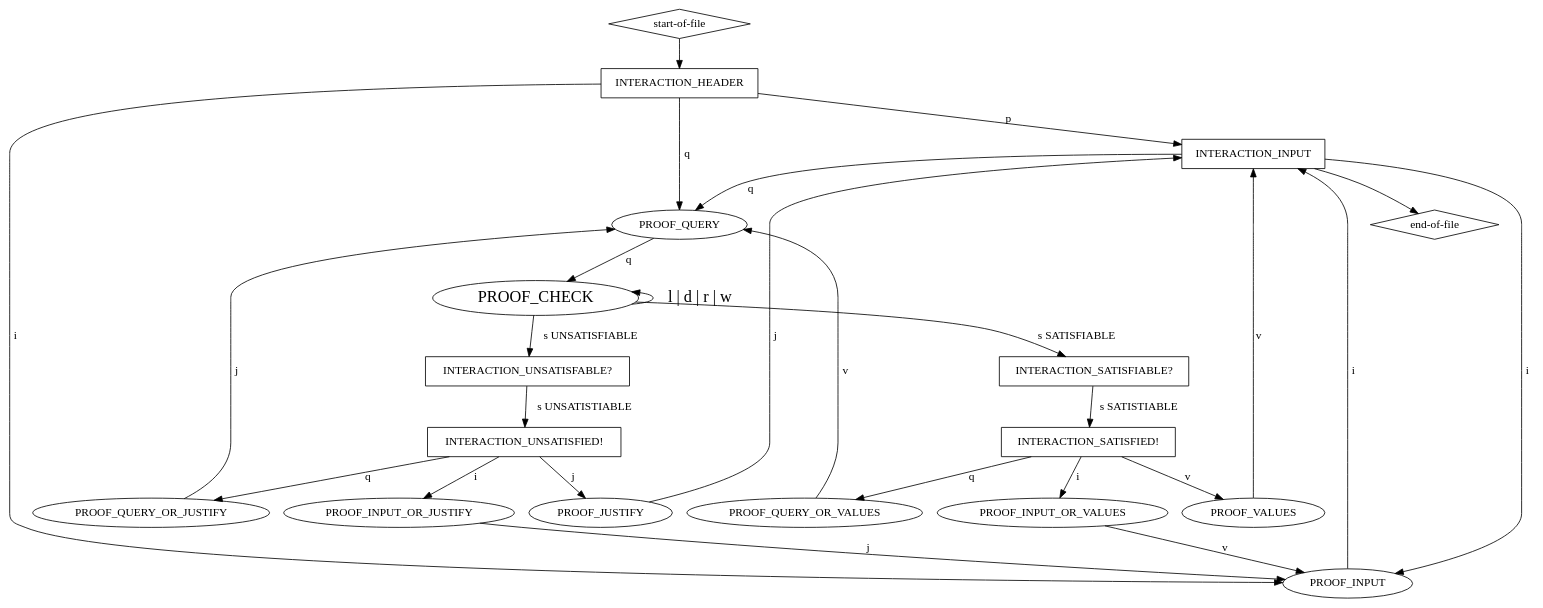
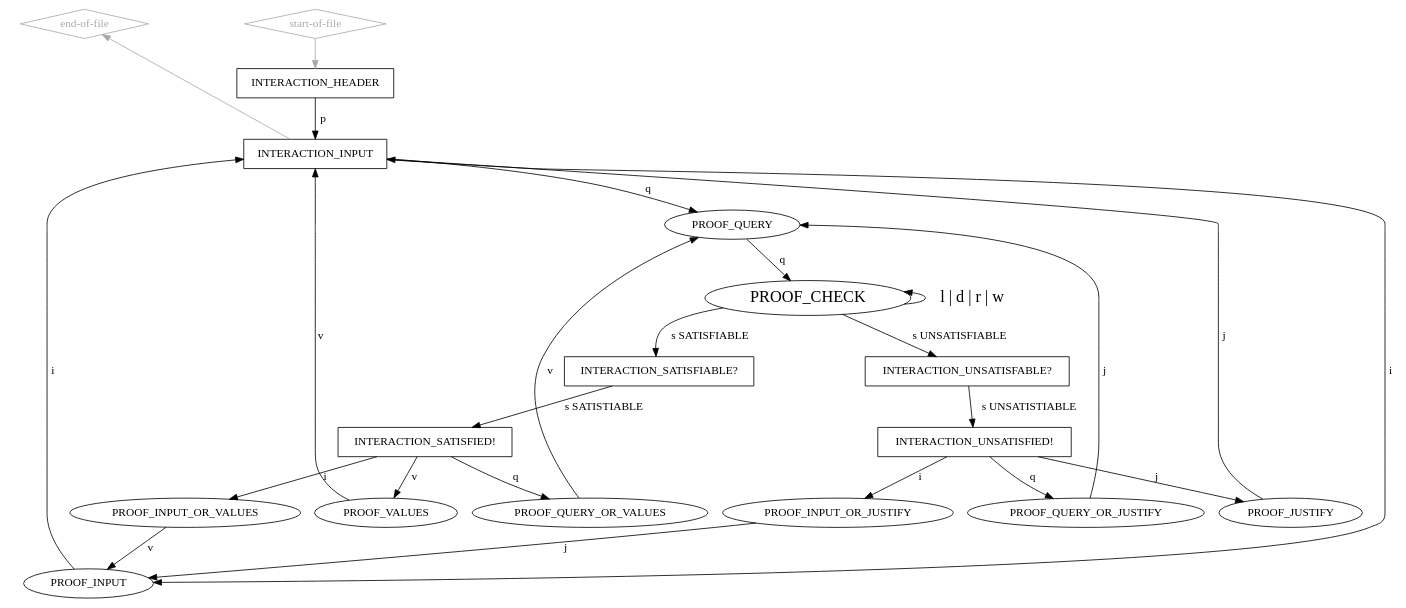
Before and after one commit to arminbiere/lidrup-check: the diagram in idrup-check-strict.dot, drawn with Graphviz. The commit also changed 1 other file, not shown here.

```diff
--- a/idrup-check-strict.dot
+++ b/idrup-check-strict.dot
@@ -1,59 +1,61 @@
 digraph "idrup-check" {
 
-  "start-of-file" [shape=diamond,];
-  "start-of-file" -> INTERACTION_HEADER;
+  "start-of-file" [shape=diamond,color=darkgray,fontcolor=darkgray];
+  "start-of-file" -> INTERACTION_HEADER [weight=2,color=darkgray];
 
-  "end-of-file" [shape=diamond];
-  //"end-of-file" -> INTERACTION_INPUT [dir=back,weight=3];
+  "end-of-file" [shape=diamond,color=darkgray,fontcolor=darkgray];
 
-  INTERACTION_INPUT -> "end-of-file";
+  // INTERACTION_HEADER -> "end-of-file";
+  // INTERACTION_INPUT -> "end-of-file";
+   "end-of-file" -> INTERACTION_HEADER [dir=back,color=darkgray,style=invis];
+   "end-of-file" -> INTERACTION_INPUT [dir=back,color=darkgray];
 
   INTERACTION_HEADER [shape=box];
-  INTERACTION_HEADER -> PROOF_INPUT [label=" i "];
-  INTERACTION_HEADER -> PROOF_QUERY [label=" q "];
-  INTERACTION_HEADER -> INTERACTION_INPUT [label=" p "];
+  INTERACTION_HEADER -> PROOF_INPUT [label=" i ",style=invis];
+  INTERACTION_HEADER -> PROOF_QUERY [label=" q ",style=invis];
+  INTERACTION_HEADER -> INTERACTION_INPUT [label=" p ",weight=2];
 
   INTERACTION_INPUT [shape=box];
   INTERACTION_INPUT -> PROOF_INPUT [label=" i ",weight=2];
   INTERACTION_INPUT -> PROOF_QUERY [label=" q ",weight=2];
 
   PROOF_INPUT -> INTERACTION_INPUT [label=" i ",weight=3];
 
   PROOF_QUERY -> PROOF_CHECK [label=" q "];
 
   PROOF_CHECK [fontsize=20];
   PROOF_CHECK -> PROOF_CHECK [label=" l | d | r | w ",dir=back,fontsize=20];
   PROOF_CHECK -> INTERACTION_SATISFIABLE [label=" s SATISFIABLE "];
   PROOF_CHECK -> INTERACTION_UNSATISFABLE [label=" s UNSATISFIABLE "];
 
   INTERACTION_UNSATISFABLE [shape="box",label="INTERACTION_UNSATISFABLE?"];
   INTERACTION_UNSATISFABLE -> INTERACTION_UNSATISFIED [label=" s UNSATISTIABLE "];
 
   INTERACTION_SATISFIABLE [shape="box",label="INTERACTION_SATISFIABLE?"];
   INTERACTION_SATISFIABLE -> INTERACTION_SATISFIED [label=" s SATISTIABLE "];
 
   INTERACTION_SATISFIED [shape=box,label="INTERACTION_SATISFIED!"];
   INTERACTION_SATISFIED -> PROOF_VALUES [label=" v "];
   INTERACTION_SATISFIED -> PROOF_INPUT_OR_VALUES [label=" i "];
   INTERACTION_SATISFIED -> PROOF_QUERY_OR_VALUES [label=" q "];
 
   INTERACTION_UNSATISFIED [shape=box,label="INTERACTION_UNSATISFIED!"];
   INTERACTION_UNSATISFIED -> PROOF_JUSTIFY [label=" j "];
   INTERACTION_UNSATISFIED -> PROOF_INPUT_OR_JUSTIFY [label=" i "];
   INTERACTION_UNSATISFIED -> PROOF_QUERY_OR_JUSTIFY [label=" q "];
 
   PROOF_VALUES -> INTERACTION_INPUT [label=" v"];
   PROOF_JUSTIFY -> INTERACTION_INPUT [label=" j "];
 
   PROOF_INPUT_OR_VALUES -> INTERACTION_INPUT [label=" i ",color=invis,fontcolor=invis];
   PROOF_INPUT_OR_VALUES -> PROOF_INPUT [label=" v ", color=black,fontcolor=black];
 
   PROOF_QUERY_OR_VALUES -> PROOF_QUERY [label=" v ",color=black,fontcolor=black];
   PROOF_QUERY_OR_VALUES -> PROOF_CHECK [label=" q ",color=invis,fontcolor=invis];
 
   PROOF_QUERY_OR_JUSTIFY -> PROOF_QUERY [label=" j ",color=black,fontcolor=black];
   PROOF_QUERY_OR_JUSTIFY -> PROOF_CHECK [label=" q ",color=invis,fontcolor=invis];
 
   PROOF_INPUT_OR_JUSTIFY -> PROOF_INPUT [label=" j ",color=black,fontcolor=black];
   PROOF_INPUT_OR_JUSTIFY -> INTERACTION_INPUT [label=" i ",color=invis,fontcolor=invis];
 }
```
